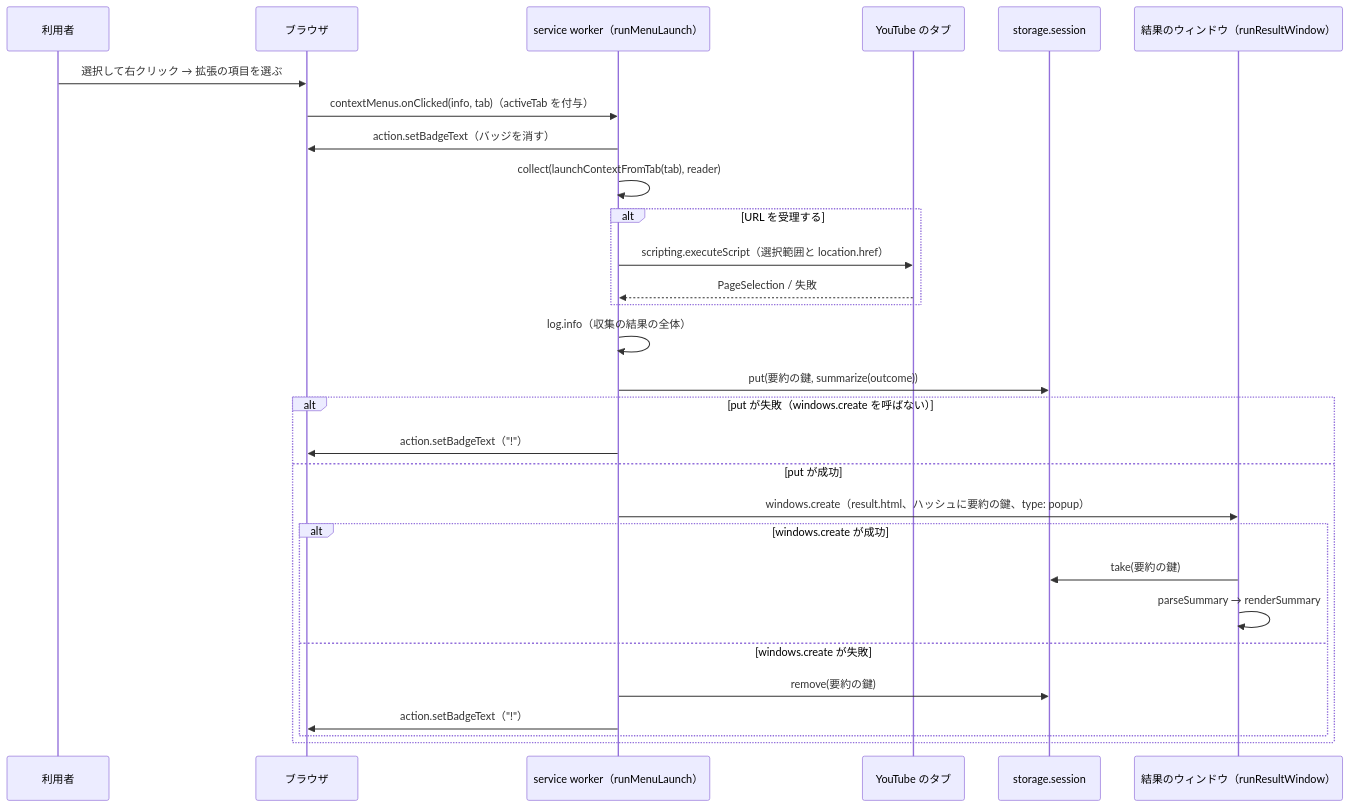
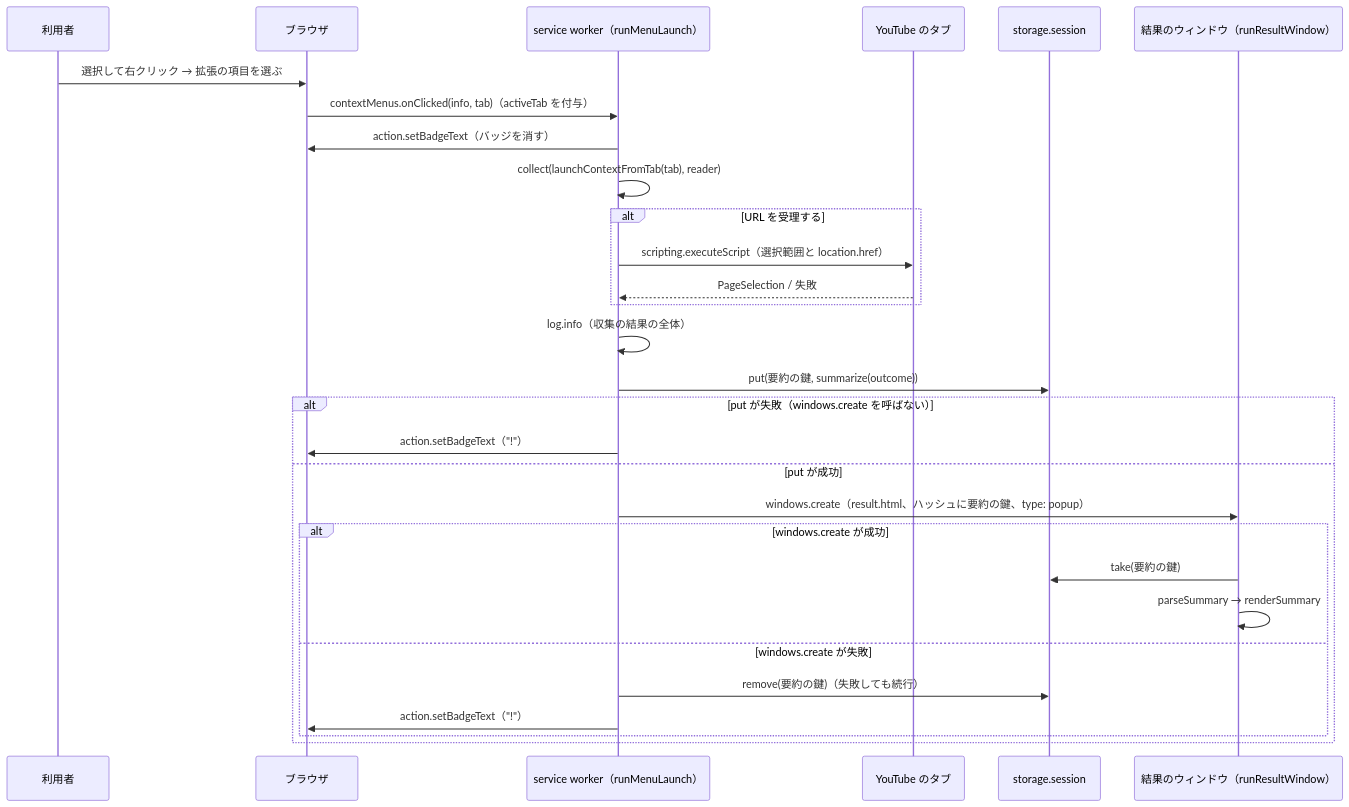
The fifth of 9 diagrams in docs/tasks/0007_browser_extension_skeleton/02_architecture.md (isseis/yt2column), drawn with Mermaid before and after one commit. The commit also changed other lines of this file and 1 other file, not shown here.

````diff
--- a/docs/tasks/0007_browser_extension_skeleton/02_architecture.md
+++ b/docs/tasks/0007_browser_extension_skeleton/02_architecture.md
@@ -564,32 +564,32 @@
 ```mermaid
 sequenceDiagram
     participant U as 利用者
     participant B as ブラウザ
     participant SW as service worker（runMenuLaunch）
     participant P as YouTube のタブ
     participant SS as storage.session
     participant RW as 結果のウィンドウ（runResultWindow）
 
     U->>B: 選択して右クリック → 拡張の項目を選ぶ
     B->>SW: contextMenus.onClicked(info, tab)（activeTab を付与）
     SW->>B: action.setBadgeText（バッジを消す）
     SW->>SW: collect(launchContextFromTab(tab), reader)
     alt URL を受理する
         SW->>P: scripting.executeScript（選択範囲と location.href）
         P-->>SW: PageSelection / 失敗
     end
     SW->>SW: log.info（収集の結果の全体）
     SW->>SS: put(要約の鍵, summarize(outcome))
     alt put が失敗（windows.create を呼ばない）
         SW->>B: action.setBadgeText（"!"）
     else put が成功
         SW->>RW: windows.create（result.html、ハッシュに要約の鍵、type: popup）
         alt windows.create が成功
             RW->>SS: take(要約の鍵)
             RW->>RW: parseSummary → renderSummary
         else windows.create が失敗
-            SW->>SS: remove(要約の鍵)
+            SW->>SS: remove(要約の鍵)（失敗しても続行）
             SW->>B: action.setBadgeText（"!"）
         end
     end
 ```
````
